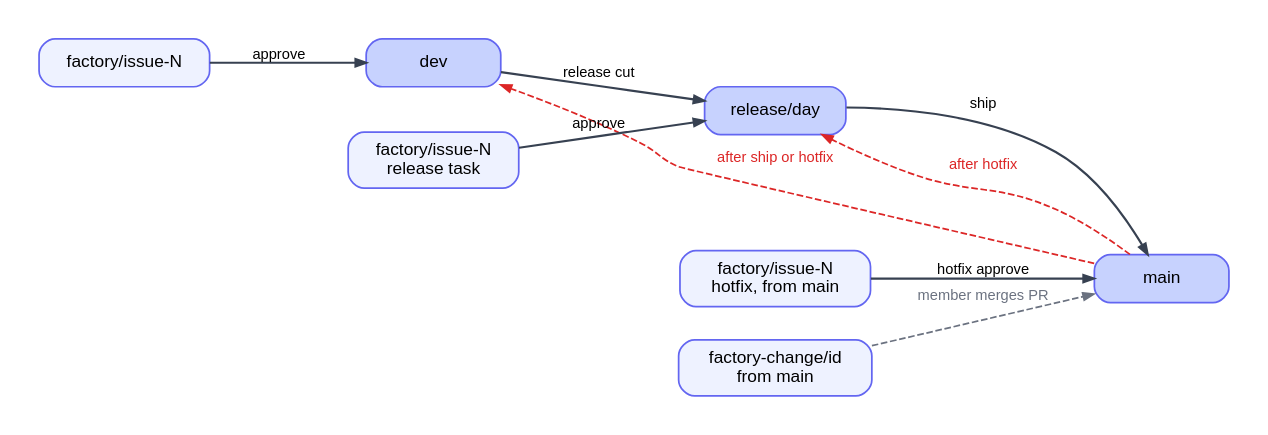
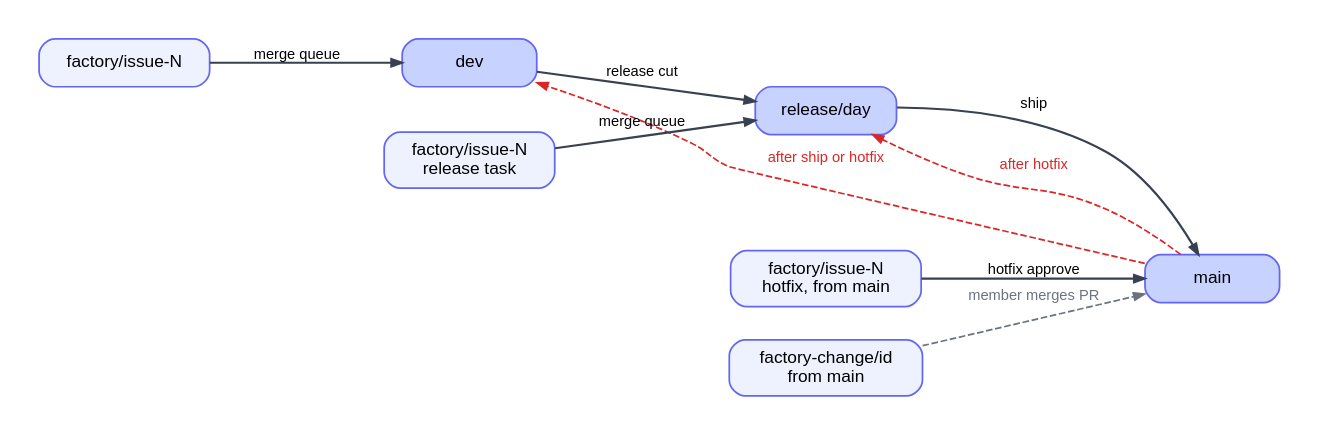
The diagram in factory/docs/diagrams/branches.dot (btseytlin/road-machiners), drawn with Graphviz before and after one commit. The commit also changed 17 other files, not shown here.

Commit message:
Docs and diagrams: one session per stage, four checkpoints, the merge queue and the one automatic resume

```diff
--- a/factory/docs/diagrams/branches.dot
+++ b/factory/docs/diagrams/branches.dot
@@ -1,15 +1,15 @@
 // Branches. Each arrow is a merge. Grey: a pull request a member merges.
 digraph branches {
   rankdir=LR; nodesep=0.35; ranksep=0.8; bgcolor=white; pad=0.3;
   node [shape=box, style="rounded,filled", fillcolor="#eef2ff", color="#6366f1", fontname="Helvetica", fontsize=13, margin="0.2,0.1", penwidth=1.3, width=1.4];
   edge [color="#374151", penwidth=1.6, arrowsize=0.8, fontname="Helvetica", fontsize=11];
   issue [label="factory/issue-N"]; dev [label="dev", fillcolor="#c7d2fe"]; rel [label="release/day", fillcolor="#c7d2fe"]; main [label="main", fillcolor="#c7d2fe"];
   task [label="factory/issue-N\nrelease task"]; hotfix [label="factory/issue-N\nhotfix, from main"]; chg [label="factory-change/id\nfrom main"];
-  issue -> dev [label="approve"]; dev -> rel [label="release cut"]; rel -> main [label="ship"];
-  task -> rel [label="approve"]; hotfix -> main [label="hotfix approve"];
+  issue -> dev [label="merge queue"]; dev -> rel [label="release cut"]; rel -> main [label="ship"];
+  task -> rel [label="merge queue"]; hotfix -> main [label="hotfix approve"];
   edge [color="#dc2626", fontcolor="#dc2626", style=dashed, penwidth=1.3];
   main -> dev [label="after ship or hotfix", constraint=false];
   main -> rel [label="after hotfix", constraint=false];
   edge [color="#6b7280", fontcolor="#6b7280"];
   chg -> main [label="member merges PR"];
 }
```
